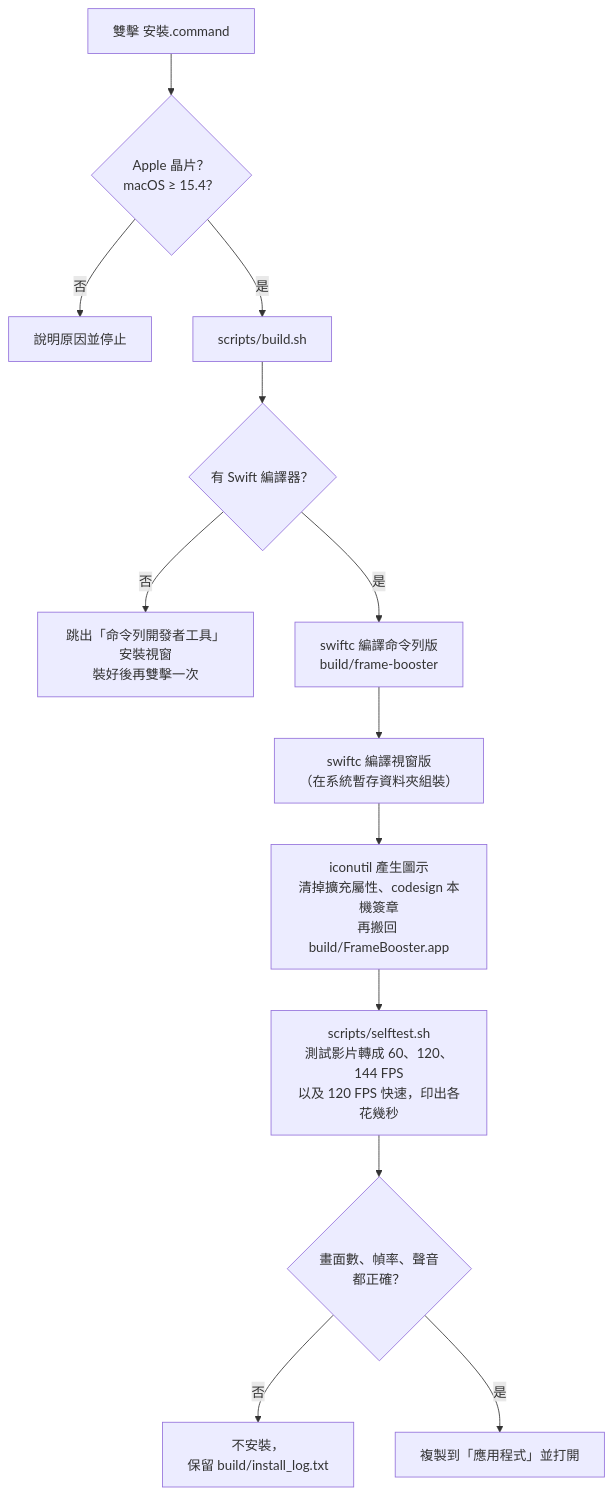
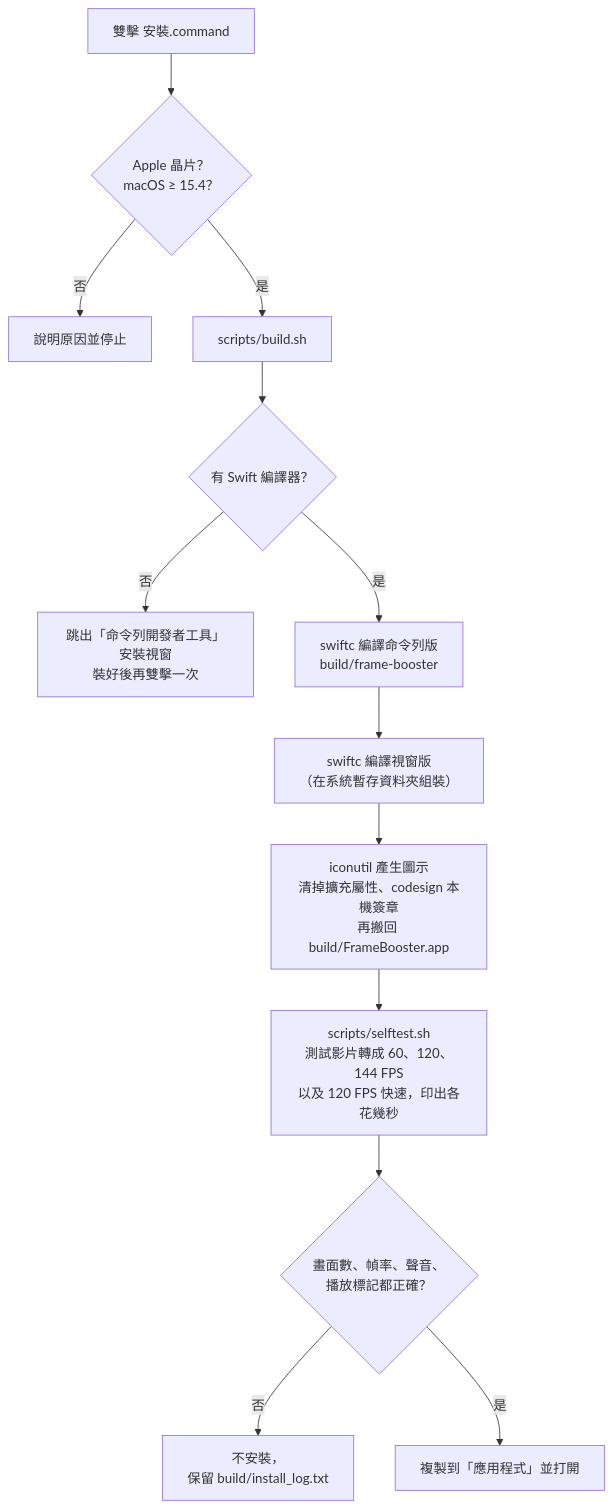
The sixth of 6 diagrams in docs/ARCHITECTURE.md (WebberningMoney/frame-booster), drawn with Mermaid before and after one commit. The commit also changed other lines of this file and 5 other files, not shown here.

````diff
--- a/docs/ARCHITECTURE.md
+++ b/docs/ARCHITECTURE.md
@@ -337,15 +338,15 @@
 ```mermaid
 flowchart TD
     A["雙擊 安裝.command"] --> B{"Apple 晶片？<br/>macOS ≥ 15.4？"}
     B -- "否" --> X1["說明原因並停止"]
     B -- "是" --> C["scripts/build.sh"]
     C --> C1{"有 Swift 編譯器？"}
     C1 -- "否" --> X2["跳出「命令列開發者工具」安裝視窗<br/>裝好後再雙擊一次"]
     C1 -- "是" --> C2["swiftc 編譯命令列版<br/>build/frame-booster"]
     C2 --> C3["swiftc 編譯視窗版<br/>（在系統暫存資料夾組裝）"]
     C3 --> C4["iconutil 產生圖示<br/>清掉擴充屬性、codesign 本機簽章<br/>再搬回 build/FrameBooster.app"]
     C4 --> D["scripts/selftest.sh<br/>測試影片轉成 60、120、144 FPS<br/>以及 120 FPS 快速，印出各花幾秒"]
-    D --> D1{"畫面數、幀率、聲音<br/>都正確？"}
+    D --> D1{"畫面數、幀率、聲音、<br/>播放標記都正確？"}
     D1 -- "否" --> X3["不安裝，<br/>保留 build/install_log.txt"]
     D1 -- "是" --> E["複製到「應用程式」並打開"]
 ```
````
